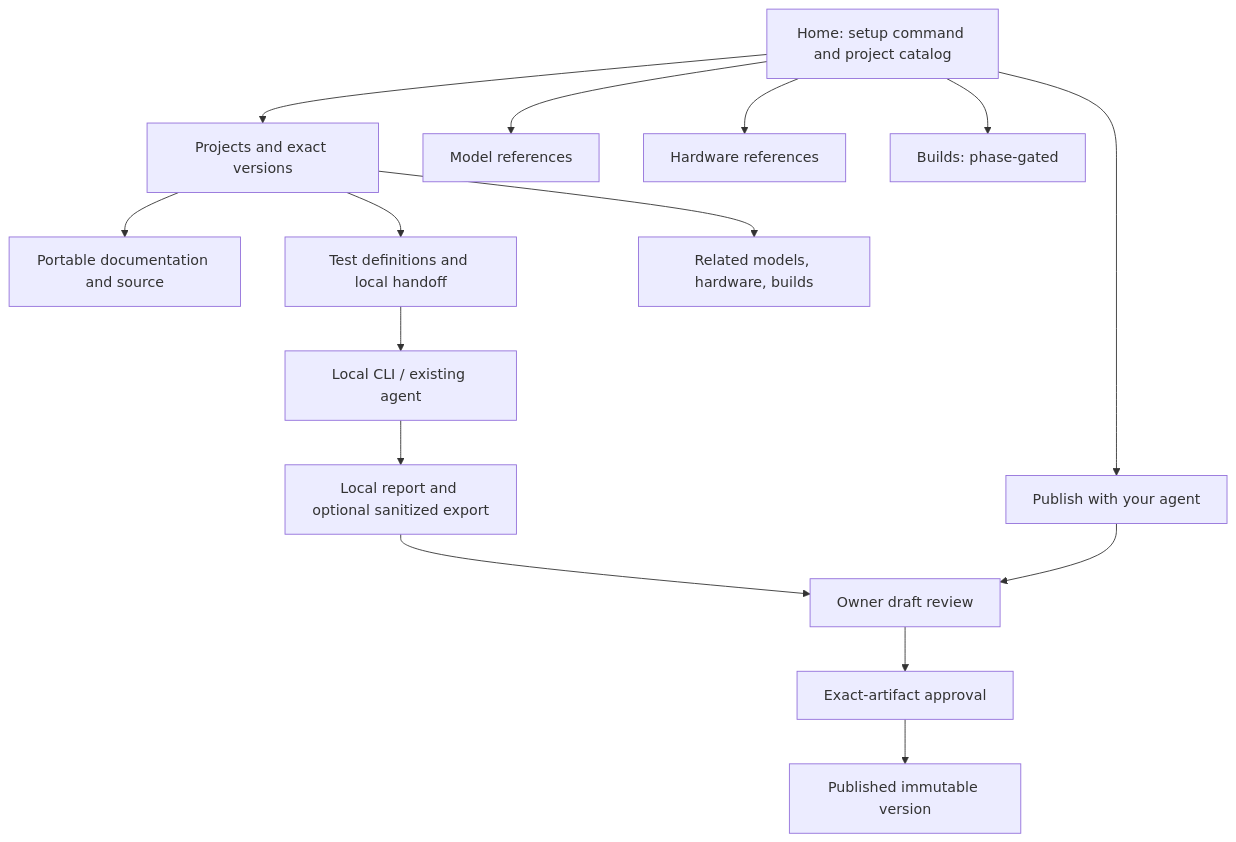
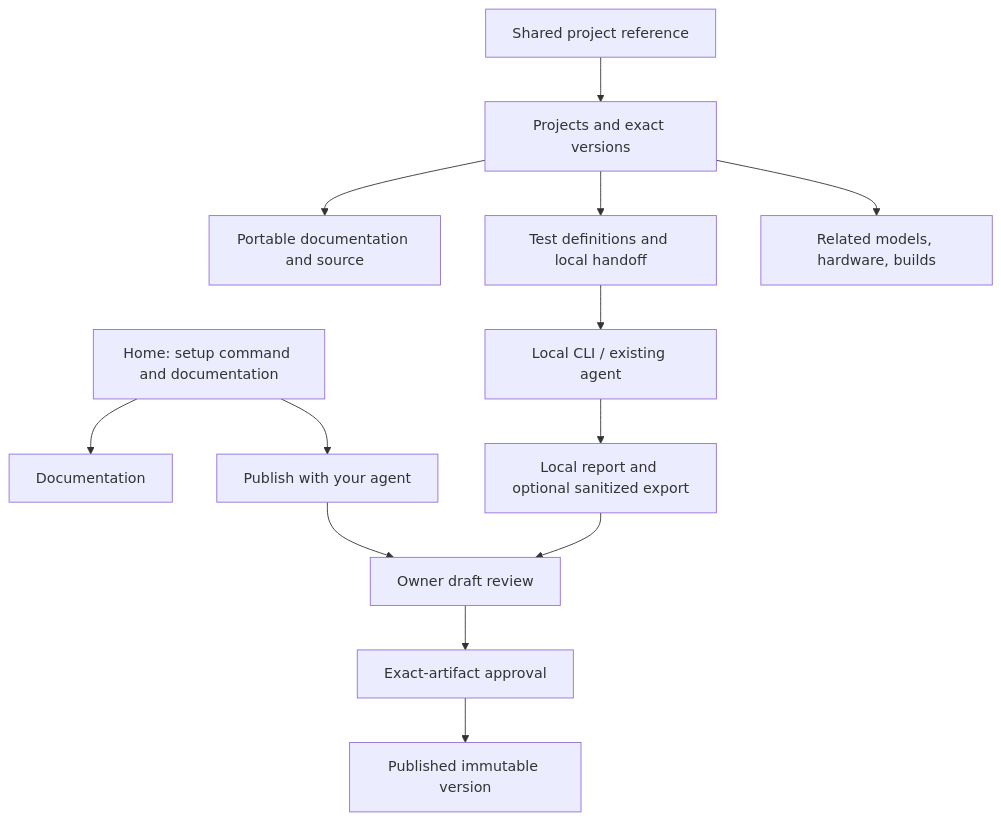
One commit to localfirstdotsh/localfirst changed the diagram in docs/product/FRONTEND_PRD.md. Above: the diagram before and after it, drawn with Mermaid. The commit also changed other lines of this file and 24 other files, not shown here.

````diff
--- a/docs/product/FRONTEND_PRD.md
+++ b/docs/product/FRONTEND_PRD.md
@@ -115,17 +117,15 @@
 ```mermaid
 flowchart TD
-    Home[Home: setup command and project catalog] --> Projects[Projects and exact versions]
-    Home --> Models[Model references]
-    Home --> Hardware[Hardware references]
-    Home --> Builds[Builds: phase-gated]
+    Home[Home: setup command and documentation] --> Docs[Documentation]
+    Shared[Shared project reference] --> Projects[Projects and exact versions]
     Projects --> Spec[Portable documentation and source]
     Projects --> Tests[Test definitions and local handoff]
     Projects --> Related[Related models, hardware, builds]
     Home --> Publish[Publish with your agent]
     Publish --> Draft[Owner draft review]
     Draft --> Approval[Exact-artifact approval]
     Approval --> Published[Published immutable version]
     Tests --> Runner[Local CLI / existing agent]
     Runner --> LocalReport[Local report and optional sanitized export]
     LocalReport --> Draft
 ```
````
